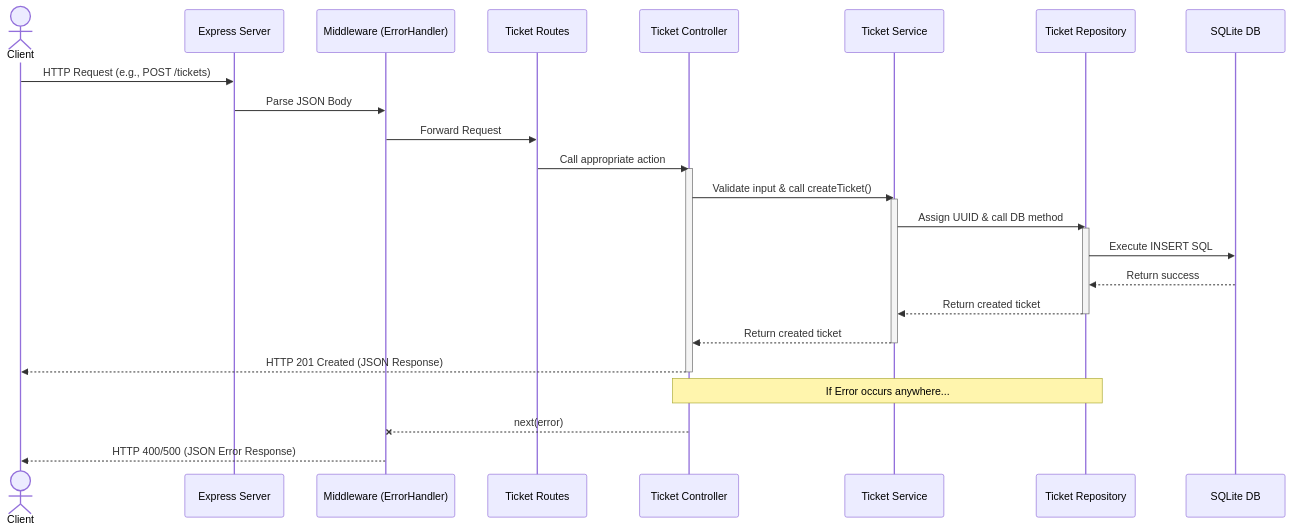
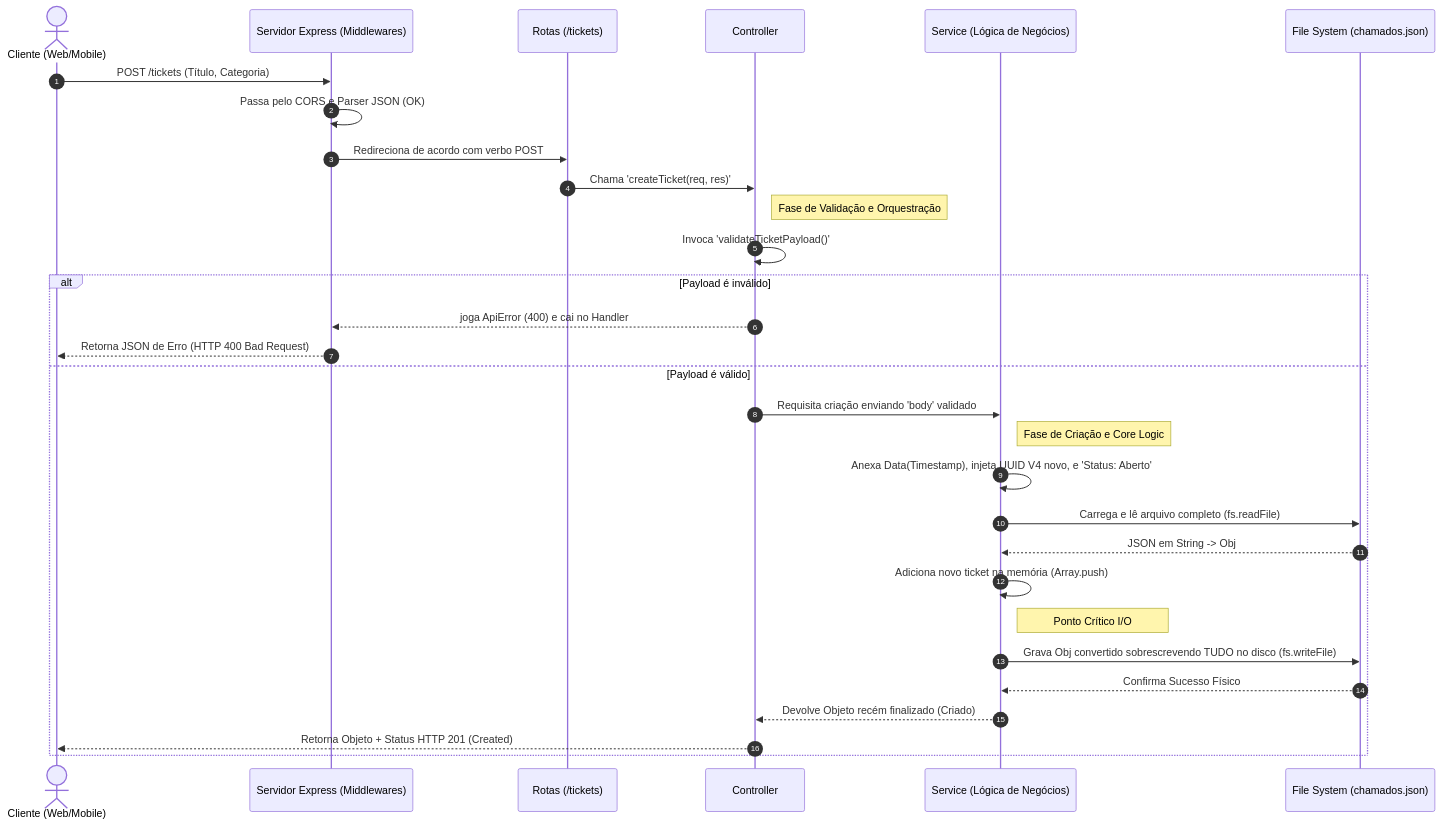
The diagram in docs/diagrams/request-flow.md (AirtonNettu/TicketFlow-API), drawn with Mermaid before and after one commit. The commit also changed other lines of this file and 32 other files, not shown here.

````diff
--- a/docs/diagrams/request-flow.md
+++ b/docs/diagrams/request-flow.md
@@ -5,39 +7,42 @@
 ```mermaid
 sequenceDiagram
-    actor Client
-    participant Server as Express Server
-    participant Middleware as Middleware (ErrorHandler)
-    participant Route as Ticket Routes
-    participant Controller as Ticket Controller
-    participant Service as Ticket Service
-    participant Repo as Ticket Repository
-    participant DB as SQLite DB
+    autonumber
+    actor C as Cliente (Web/Mobile)
+    participant S as Servidor Express (Middlewares)
+    participant R as Rotas (/tickets)
+    participant Ctrl as Controller
+    participant Serv as Service (Lógica de Negócios)
+    participant FS as File System (chamados.json)
 
-    Client->>Server: HTTP Request (e.g., POST /tickets)
-    Server->>Middleware: Parse JSON Body
-    Middleware->>Route: Forward Request
-    Route->>Controller: Call appropriate action
+    C->>S: POST /tickets (Título, Categoria)
 
-    activate Controller
-    Controller->>Service: Validate input & call createTicket()
+    S->>S: Passa pelo CORS e Parser JSON (OK)
+    S->>R: Redireciona de acordo com verbo POST
+    R->>Ctrl: Chama 'createTicket(req, res)'
 
-    activate Service
-    Service->>Repo: Assign UUID & call DB method
+    Note right of Ctrl: Fase de Validação e Orquestração
+    Ctrl->>Ctrl: Invoca 'validateTicketPayload()'
 
-    activate Repo
-    Repo->>DB: Execute INSERT SQL
-    DB-->>Repo: Return success
-    Repo-->>Service: Return created ticket
-    deactivate Repo
+    alt Payload é inválido
+        Ctrl-->>S: joga ApiError (400) e cai no Handler
+        S-->>C: Retorna JSON de Erro (HTTP 400 Bad Request)
+    else Payload é válido
+        Ctrl->>Serv: Requisita criação enviando 'body' validado
 
-    Service-->>Controller: Return created ticket
-    deactivate Service
+        Note right of Serv: Fase de Criação e Core Logic
+        Serv->>Serv: Anexa Data(Timestamp), injeta UUID V4 novo, e 'Status: Aberto'
 
-    Controller-->>Client: HTTP 201 Created (JSON Response)
-    deactivate Controller
+        Serv->>FS: Carrega e lê arquivo completo (fs.readFile)
+        FS-->>Serv: JSON em String -> Obj
 
-    %% Error Handling path if any error occurs
-    Note over Controller,Repo: If Error occurs anywhere...
-    Controller--xMiddleware: next(error)
-    Middleware-->>Client: HTTP 400/500 (JSON Error Response)
+        Serv->>Serv: Adiciona novo ticket na memória (Array.push)
+
+        Note right of Serv: Ponto Crítico I/O
+        Serv->>FS: Grava Obj convertido sobrescrevendo TUDO no disco (fs.writeFile)
+
+        FS-->>Serv: Confirma Sucesso Físico
+
+        Serv-->>Ctrl: Devolve Objeto recém finalizado (Criado)
+        Ctrl-->>C: Retorna Objeto + Status HTTP 201 (Created)
+    end
 ```
````
